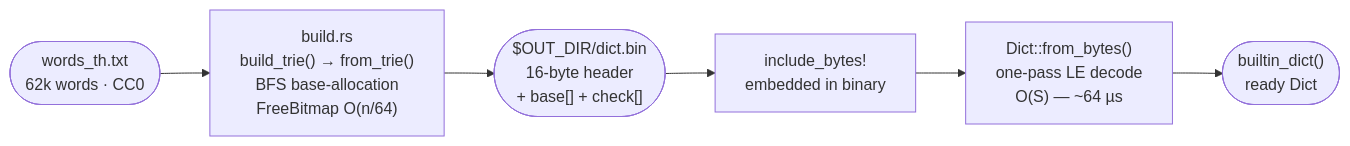
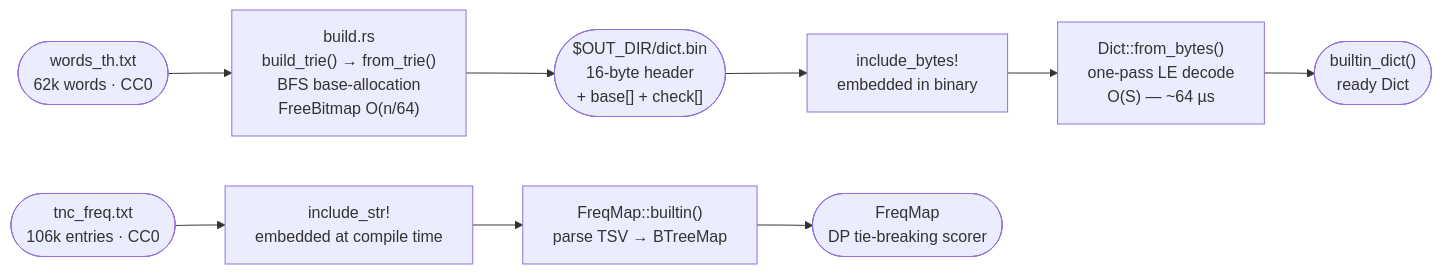
The sixth of 6 diagrams in README.md (preedep/kham), drawn with Mermaid before and after one commit. The commit also changed other lines of this file and 6 other files, not shown here.

Commit message:
Add word frequency table (`FreqMap`) leveraging Thai National Corpus data for segmentation scoring

````diff
--- a/README.md
+++ b/README.md
@@ -460,11 +475,18 @@
 ```mermaid
 flowchart LR
     WL(["words_th.txt\n62k words · CC0"])
     BS["build.rs\nbuild_trie() → from_trie()\nBFS base-allocation\nFreeBitmap O(n/64)"]
     BIN(["$OUT_DIR/dict.bin\n16-byte header\n+ base[] + check[]"])
     IB["include_bytes!\nembedded in binary"]
     RT["Dict::from_bytes()\none-pass LE decode\nO(S) — ~64 µs"]
     BD(["builtin_dict()\nready Dict"])
 
     WL --> BS --> BIN --> IB --> RT --> BD
+
+    FQ(["tnc_freq.txt\n106k entries · CC0"])
+    FM["include_str!\nembedded at compile time"]
+    FP["FreqMap::builtin()\nparse TSV → BTreeMap"]
+    FS(["FreqMap\nDP tie-breaking scorer"])
+
+    FQ --> FM --> FP --> FS
 ```
````
